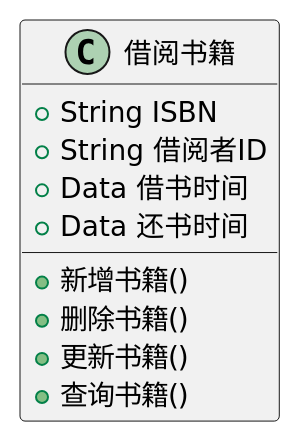
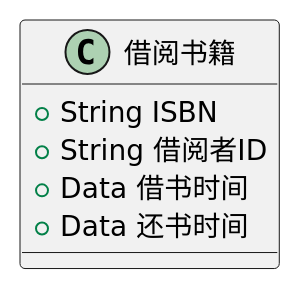
One commit to wenyuntian/is_analysis changed the diagram in test3/2.wsd. Above: the diagram before and after it, drawn with PlantUML. The commit also changed 14 other files, not shown here.

```diff
--- a/test3/2.wsd
+++ b/test3/2.wsd
@@ -1,12 +1,8 @@
 @startuml
 class 借阅书籍{
     +String  ISBN
     +String  借阅者ID
     +Data  借书时间
     +Data  还书时间
-    +新增书籍()
-    +删除书籍()
-    +更新书籍()
-    +查询书籍()
 }
 @enduml
```
